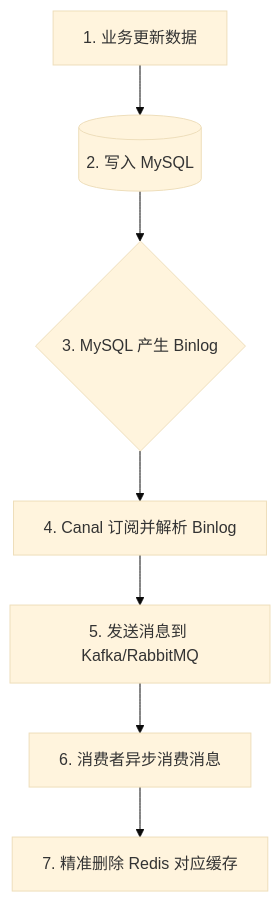
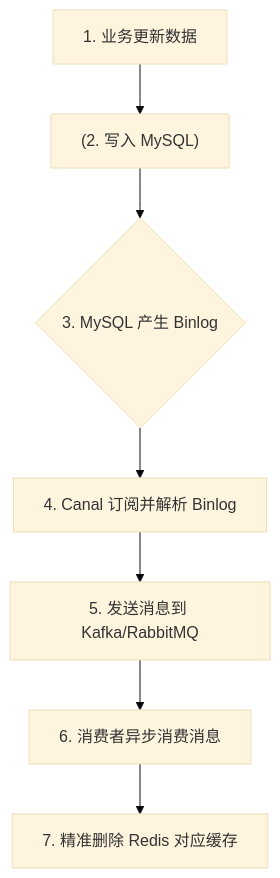
Before and after one commit to Aiden-Coding/AiDocs: the second of 2 diagrams in docs/interview/java/6-db-cache.md, drawn with Mermaid (base theme). The commit also changed 97 other files, not shown here.

````diff
--- a/docs/interview/java/6-db-cache.md
+++ b/docs/interview/java/6-db-cache.md
@@ -374,9 +374,9 @@
 ```mermaid
 graph TD
-    Update[1. 业务更新数据] --> DB[(2. 写入 MySQL)]
+    Update[1. 业务更新数据] --> DB["(2. 写入 MySQL)"]
     DB --> Binlog{3. MySQL 产生 Binlog}
     Binlog --> Canal[4. Canal 订阅并解析 Binlog]
-    Canal --> MQ[5. 发送消息到 Kafka/RabbitMQ]
+    Canal --> MQ["5. 发送消息到 Kafka/RabbitMQ"]
     MQ --> Consume[6. 消费者异步消费消息]
     Consume --> DelCache[7. 精准删除 Redis 对应缓存]
 ```
````
